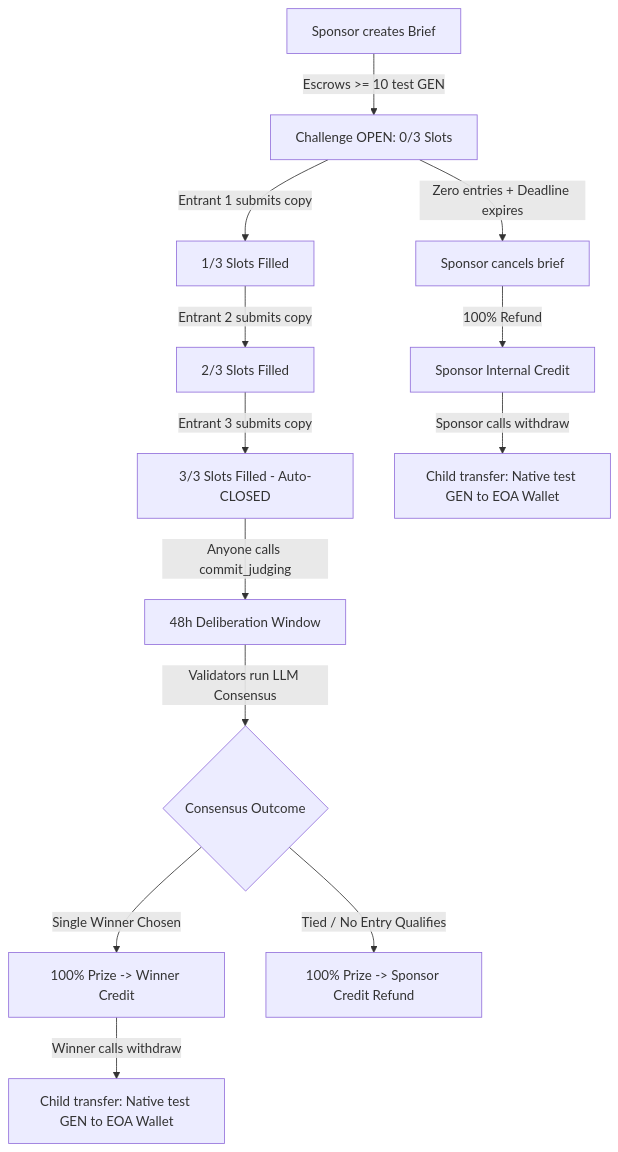
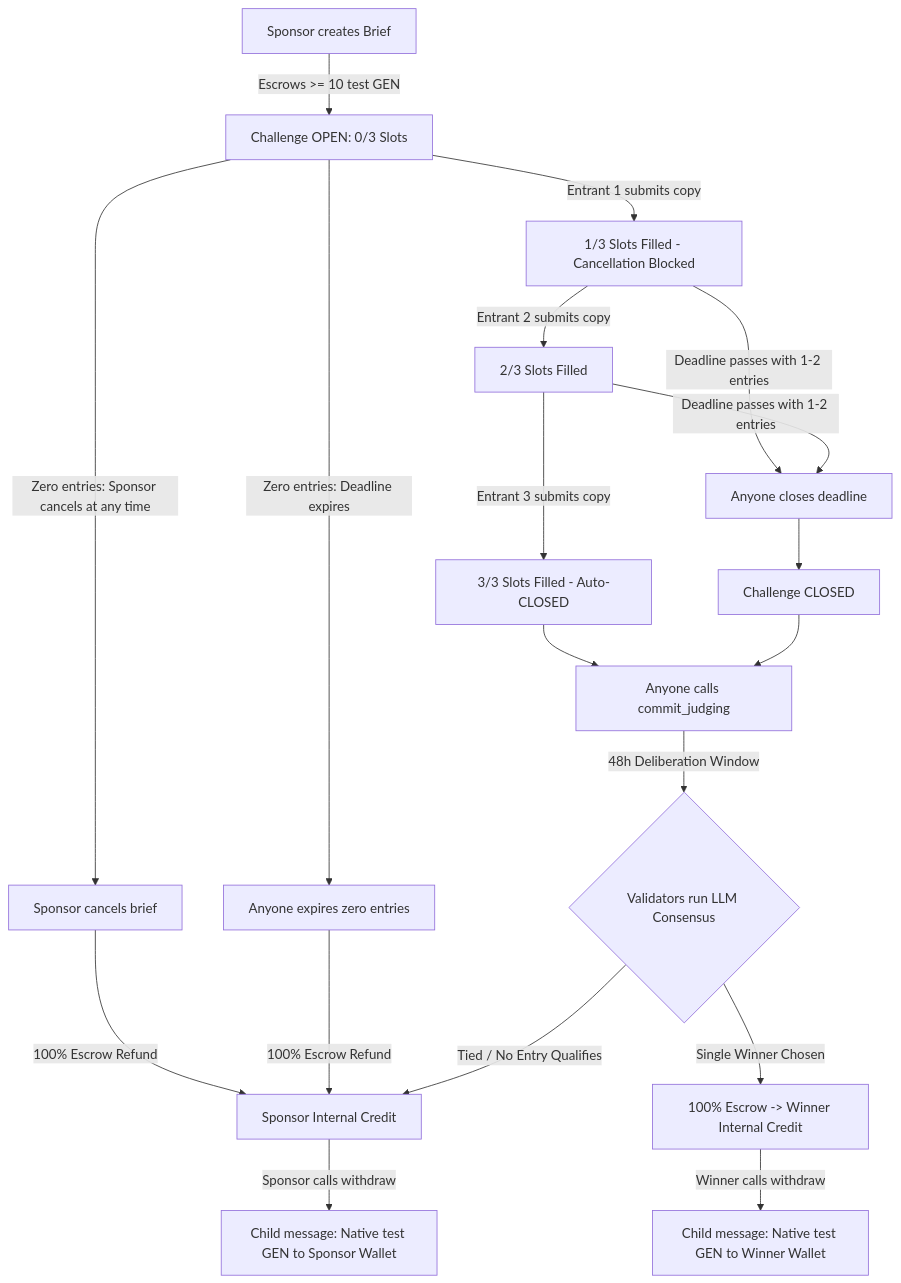
Before and after one commit to edwarderlick/BriefArena: the diagram in README.md, drawn with Mermaid. The commit also changed other lines of this file and 6 other files, not shown here.

````diff
--- a/README.md
+++ b/README.md
@@ -40,15 +40,28 @@
 ```mermaid
 flowchart TD
     A[Sponsor creates Brief] -->|Escrows >= 10 test GEN| B[Challenge OPEN: 0/3 Slots]
-    B -->|Entrant 1 submits copy| C[1/3 Slots Filled]
+
+    %% Zero-Entry Cancellation / Expiration Path
+    B -->|Zero entries: Sponsor cancels at any time| Cancel[Sponsor cancels brief]
+    B -->|Zero entries: Deadline expires| Expire[Anyone expires zero entries]
+    Cancel -->|100% Escrow Refund| SponsorCredit[Sponsor Internal Credit]
+    Expire -->|100% Escrow Refund| SponsorCredit
+
+    %% Submission & Contest Path
+    B -->|Entrant 1 submits copy| C[1/3 Slots Filled - Cancellation Blocked]
     C -->|Entrant 2 submits copy| D[2/3 Slots Filled]
     D -->|Entrant 3 submits copy| E[3/3 Slots Filled - Auto-CLOSED]
-    B -->|Zero entries + Deadline expires| Cancel[Sponsor cancels brief]
-    Cancel -->|100% Refund| SponsorCredit[Sponsor Internal Credit]
-    E -->|Anyone calls commit_judging| F[48h Deliberation Window]
-    F -->|Validators run LLM Consensus| G{Consensus Outcome}
-    G -->|Single Winner Chosen| H[100% Prize -> Winner Credit]
-    G -->|Tied / No Entry Qualifies| I[100% Prize -> Sponsor Credit Refund]
-    H -->|Winner calls withdraw| J[Child transfer: Native test GEN to EOA Wallet]
-    SponsorCredit -->|Sponsor calls withdraw| K[Child transfer: Native test GEN to EOA Wallet]
+    C -->|Deadline passes with 1-2 entries| CloseDeadline[Anyone closes deadline]
+    D -->|Deadline passes with 1-2 entries| CloseDeadline
+    CloseDeadline --> E2[Challenge CLOSED]
+
+    E --> F[Anyone calls commit_judging]
+    E2 --> F
+    F -->|48h Deliberation Window| G{Validators run LLM Consensus}
+    G -->|Single Winner Chosen| H[100% Escrow -> Winner Internal Credit]
+    G -->|Tied / No Entry Qualifies| SponsorCredit
+
+    %% Pull-Payment Withdrawals to EOA Wallets
+    H -->|Winner calls withdraw| J[Child message: Native test GEN to Winner Wallet]
+    SponsorCredit -->|Sponsor calls withdraw| K[Child message: Native test GEN to Sponsor Wallet]
 ```
````
